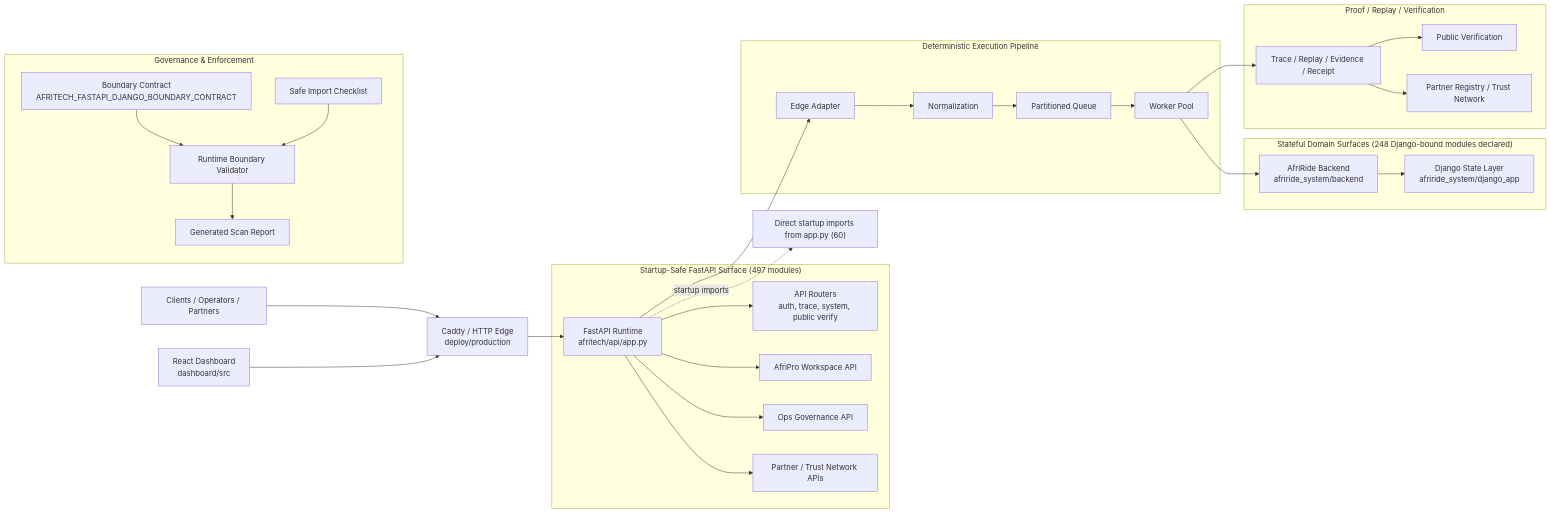
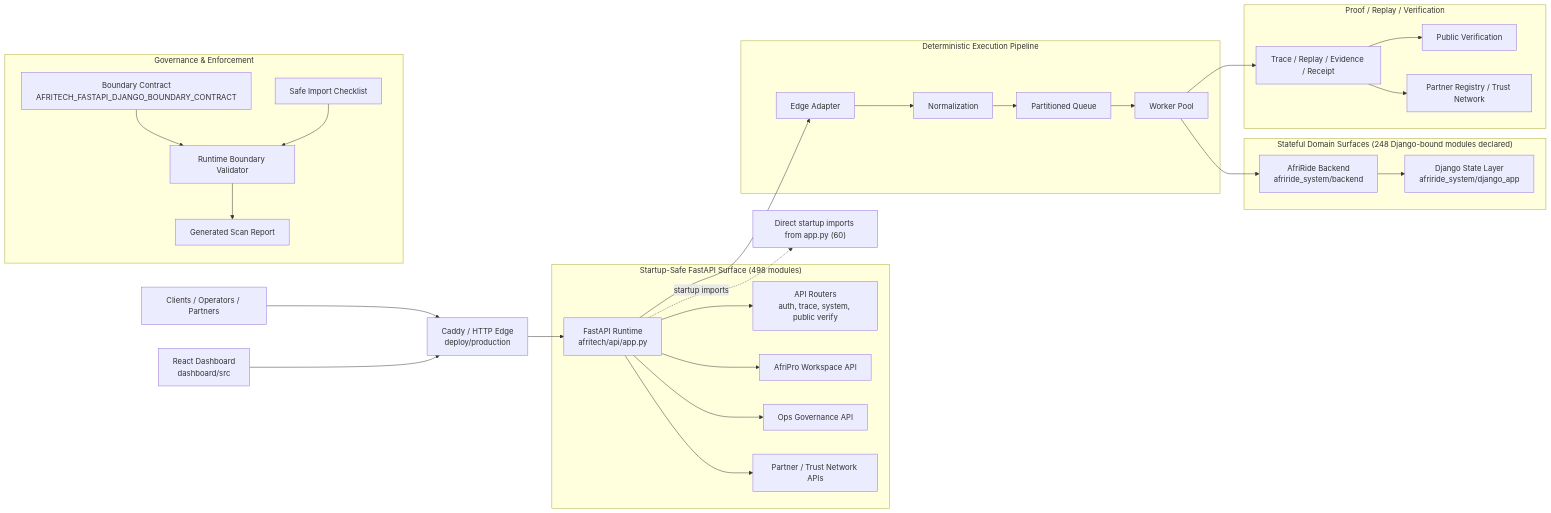
One commit to Strelly2023/afritelematics changed the first of 2 diagrams in docs/architecture/AFRITECH_FULL_ARCHITECTURE_GRAPH.md. Above: the diagram before and after it, drawn with Mermaid. The commit also changed other lines of this file and 7 other files, not shown here.

````diff
--- a/docs/architecture/AFRITECH_FULL_ARCHITECTURE_GRAPH.md
+++ b/docs/architecture/AFRITECH_FULL_ARCHITECTURE_GRAPH.md
@@ -22,39 +22,39 @@
 ```mermaid
 flowchart LR
     Client["Clients / Operators / Partners"] --> Edge["Caddy / HTTP Edge\ndeploy/production"]
     Dashboard["React Dashboard\ndashboard/src"] --> Edge
     Edge --> App["FastAPI Runtime\nafritech/api/app.py"]
 
-    subgraph FastAPI["Startup-Safe FastAPI Surface (497 modules)"]
+    subgraph FastAPI["Startup-Safe FastAPI Surface (498 modules)"]
         App --> Api["API Routers\nauth, trace, system, public verify"]
         App --> Workspace["AfriPro Workspace API"]
         App --> Governance["Ops Governance API"]
         App --> Trust["Partner / Trust Network APIs"]
     end
 
     subgraph Pipeline["Deterministic Execution Pipeline"]
         App --> Adapt["Edge Adapter"]
         Adapt --> Normalize["Normalization"]
         Normalize --> Queue["Partitioned Queue"]
         Queue --> Worker["Worker Pool"]
     end
 
     subgraph State["Stateful Domain Surfaces (248 Django-bound modules declared)"]
         Worker --> Domain["AfriRide Backend\nafriride_system/backend"]
         Domain --> Django["Django State Layer\nafriride_system/django_app"]
     end
 
     subgraph Proof["Proof / Replay / Verification"]
         Worker --> Trace["Trace / Replay / Evidence / Receipt"]
         Trace --> Public["Public Verification"]
         Trace --> Registry["Partner Registry / Trust Network"]
     end
 
     subgraph GovernancePlane["Governance & Enforcement"]
         Contract["Boundary Contract\nAFRITECH_FASTAPI_DJANGO_BOUNDARY_CONTRACT"] --> Validator["Runtime Boundary Validator"]
         Checklist["Safe Import Checklist"] --> Validator
         Validator --> Review["Generated Scan Report"]
     end
 
     App -. startup imports .-> Imports["Direct startup imports from app.py (60)"]
 ```
````
